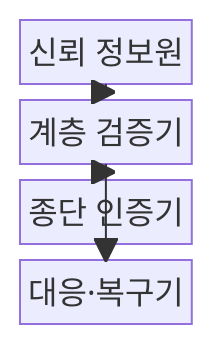
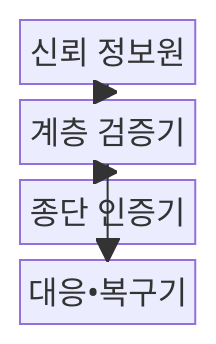
One commit to agnusdei1207/knowledge-base changed the first of 2 diagrams in src/content/docs/notes/04-network/086_network_spoofing.md. Above: the diagram before and after it, drawn with Mermaid. The commit also changed other lines of this file and 953 other files, not shown here.

````diff
--- a/src/content/docs/notes/04-network/086_network_spoofing.md
+++ b/src/content/docs/notes/04-network/086_network_spoofing.md
@@ -65,11 +65,11 @@
 ```mermaid
 block-beta
     columns 1
     SOURCE["신뢰 정보원"]
     LAYER["계층 검증기"]
     ENDPOINT["종단 인증기"]
-    RECOVERY["대응·복구기"]
+    RECOVERY["대응•복구기"]
     SOURCE --> LAYER
     LAYER --> ENDPOINT
     LAYER --> RECOVERY
 ```
````
